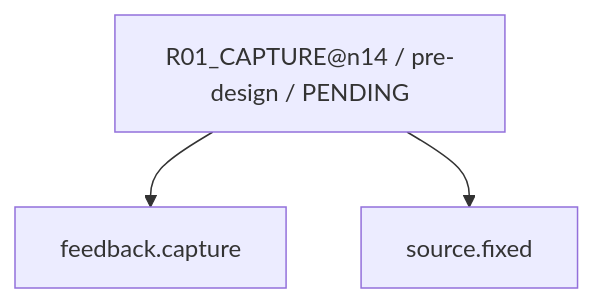
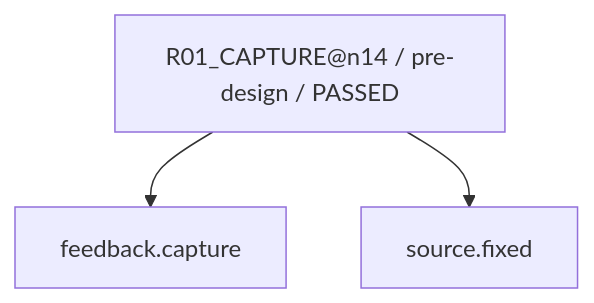
One commit to rrikunagasige-dot/kyotsu-step-web changed the tenth of 28 diagrams in work/items/W-MATH-048-n1314-source-audit/generated/CAPABILITY_FIRE_DIAGRAM.md. Above: the diagram before and after it, drawn with Mermaid. The commit also changed other lines of this file and 471 other files, not shown here.

````diff
--- a/work/items/W-MATH-048-n1314-source-audit/generated/CAPABILITY_FIRE_DIAGRAM.md
+++ b/work/items/W-MATH-048-n1314-source-audit/generated/CAPABILITY_FIRE_DIAGRAM.md
@@ -152,8 +152,8 @@
 ```mermaid
 flowchart TD
-  N0["R01_CAPTURE@n14 / pre-design / PENDING"]
+  N0["R01_CAPTURE@n14 / pre-design / PASSED"]
   N1["source.fixed"]
   N2["feedback.capture"]
   N0 --> N2
   N0 --> N1
 ```
````
